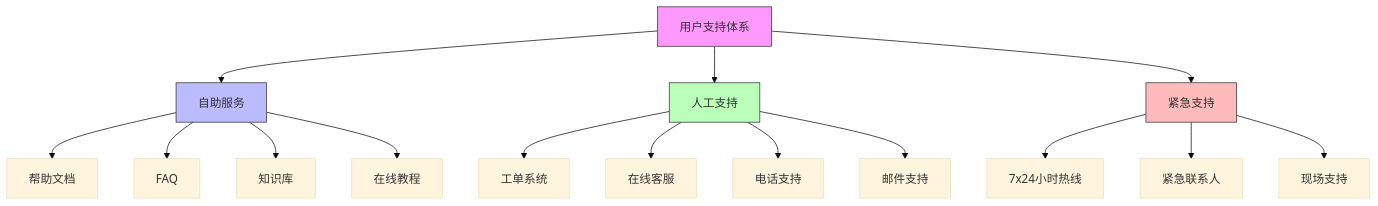
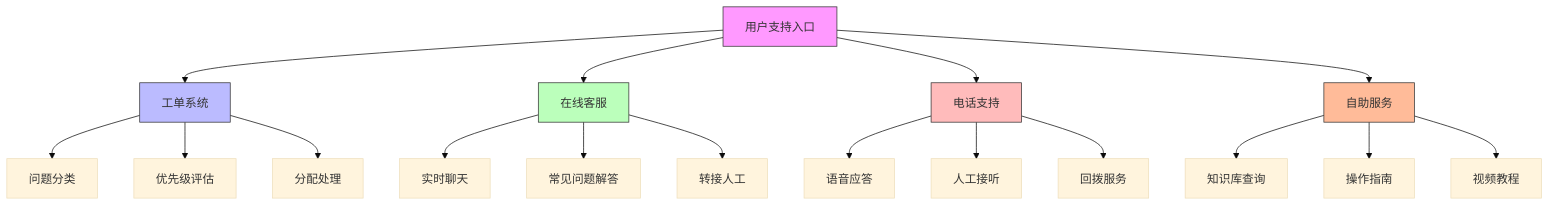
The diagram in src/posts/user-privilege/13-1-daily-operations-sop.md (houbb/blog-plateform-design), drawn with Mermaid (base theme) before and after one commit. The commit also changed other lines of this file and 10 other files, not shown here.

````diff
--- a/src/posts/user-privilege/13-1-daily-operations-sop.md
+++ b/src/posts/user-privilege/13-1-daily-operations-sop.md
@@ -21,25 +21,29 @@
 ```mermaid
 graph TD
-    A[用户支持体系] --> B[自助服务]
-    A --> C[人工支持]
-    A --> D[紧急支持]
+    A[用户支持入口] --> B[工单系统]
+    A --> C[在线客服]
+    A --> D[电话支持]
+    A --> E[自助服务]
     
-    B --> B1[帮助文档]
-    B --> B2[FAQ]
-    B --> B3[知识库]
-    B --> B4[在线教程]
+    B --> B1[问题分类]
+    B --> B2[优先级评估]
+    B --> B3[分配处理]
     
-    C --> C1[工单系统]
-    C --> C2[在线客服]
-    C --> C3[电话支持]
-    C --> C4[邮件支持]
+    C --> C1[实时聊天]
+    C --> C2[常见问题解答]
+    C --> C3[转接人工]
     
-    D --> D1[7x24小时热线]
-    D --> D2[紧急联系人]
-    D --> D3[现场支持]
+    D --> D1[语音应答]
+    D --> D2[人工接听]
+    D --> D3[回拨服务]
+    
+    E --> E1[知识库查询]
+    E --> E2[操作指南]
+    E --> E3[视频教程]
     
     style A fill:#f9f,stroke:#333
     style B fill:#bbf,stroke:#333
     style C fill:#bfb,stroke:#333
     style D fill:#fbb,stroke:#333
+    style E fill:#fb9,stroke:#333
 ```
````
